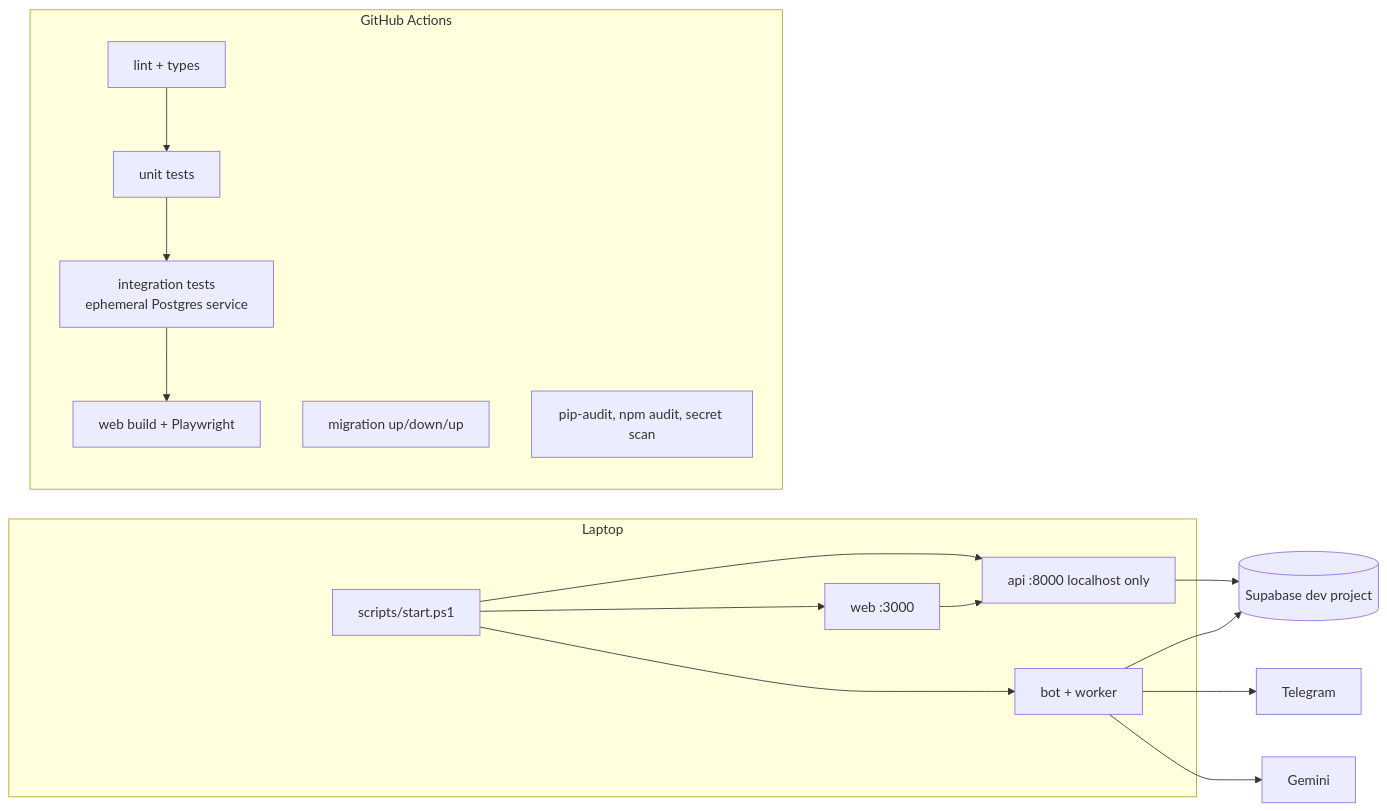
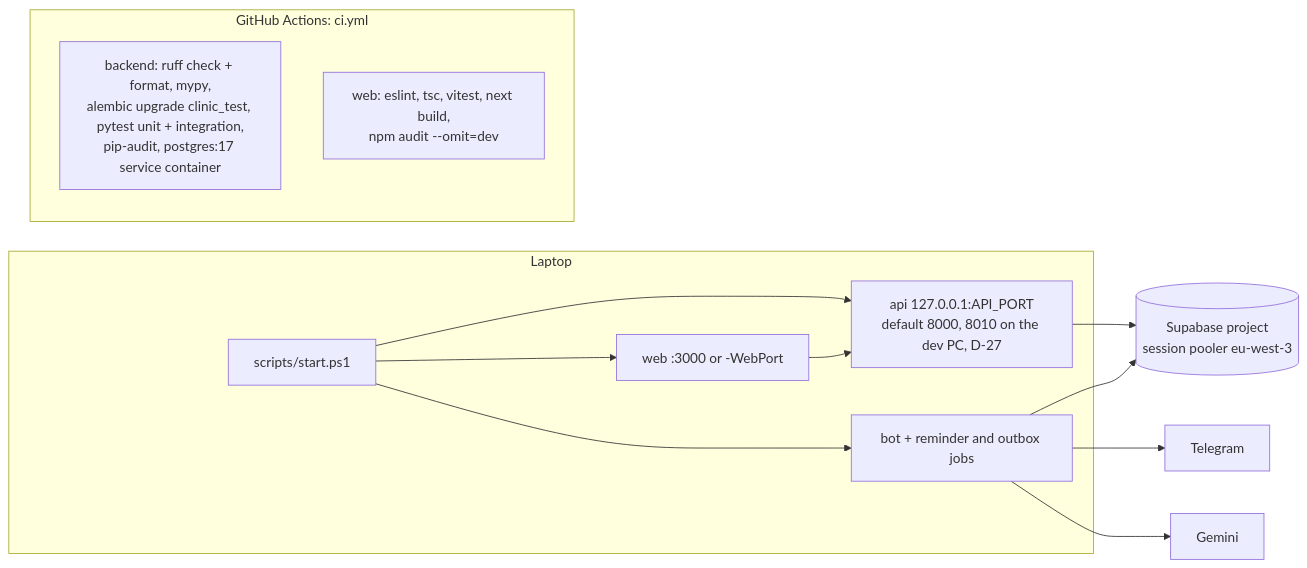
Before and after one commit to armankhan1999/Clinic_Appointment_System_AI: the third of 3 diagrams in docs/architecture/system-architecture.md, drawn with Mermaid. The commit also changed other lines of this file and 4 other files, not shown here.

First line of the commit message:
docs(architecture): describe the system as built

````diff
--- a/docs/architecture/system-architecture.md
+++ b/docs/architecture/system-architecture.md
@@ -84,18 +85,17 @@
 ```mermaid
 flowchart LR
     subgraph Laptop
-        S[scripts/start.ps1] --> W[web :3000]
-        S --> A[api :8000 localhost only]
-        S --> B[bot + worker]
+        S[scripts/start.ps1] --> W[web :3000 or -WebPort]
+        S --> A[api 127.0.0.1:API_PORT<br/>default 8000, 8010 on the dev PC, D-27]
+        S --> B[bot + reminder and outbox jobs]
     end
     W --> A
-    A --> SB[(Supabase dev project)]
+    A --> SB[(Supabase project<br/>session pooler eu-west-3)]
     B --> SB
     B --> TG[Telegram]
     B --> GM[Gemini]
-    subgraph CI [GitHub Actions]
-        L[lint + types] --> U[unit tests] --> I[integration tests<br/>ephemeral Postgres service] --> E[web build + Playwright]
-        M[migration up/down/up] 
-        SEC[pip-audit, npm audit, secret scan]
+    subgraph CI [GitHub Actions: ci.yml]
+        BE[backend: ruff check + format, mypy,<br/>alembic upgrade clinic_test, pytest unit + integration,<br/>pip-audit, postgres:17 service container]
+        FE[web: eslint, tsc, vitest, next build,<br/>npm audit --omit=dev]
     end
 ```
````
